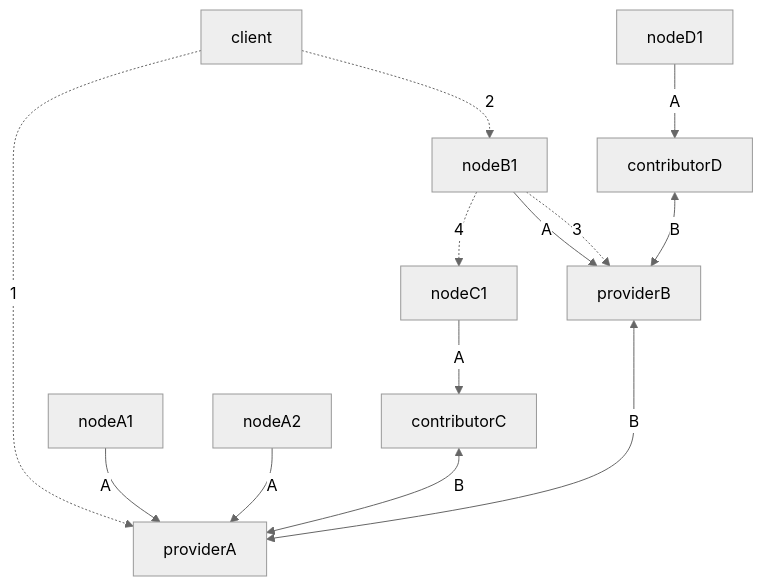
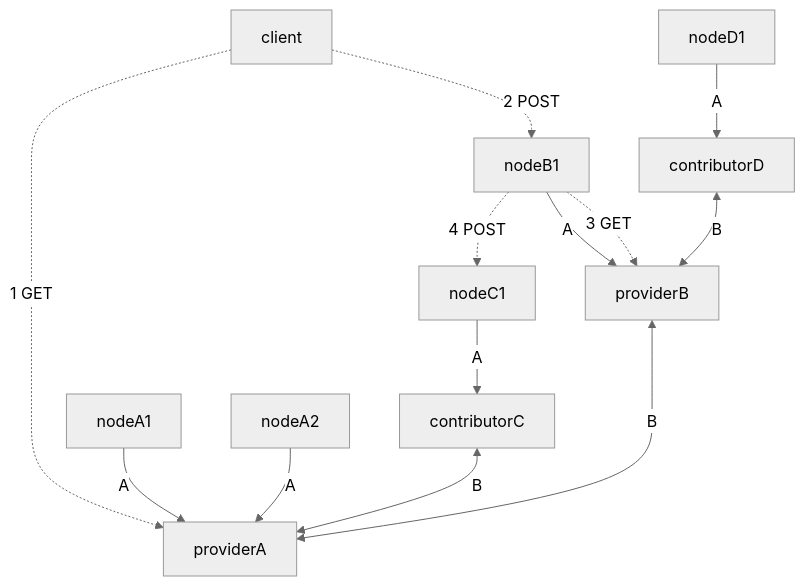
Before and after one commit to jarekjaryszew/kodo-about: the second of 2 diagrams in KeyComponents.md, drawn with Mermaid (neutral theme). The commit also changed other lines of this file, not shown here.

Commit message:
improve: more explicit in diagrams

````diff
--- a/KeyComponents.md
+++ b/KeyComponents.md
@@ -45,19 +45,19 @@
 ```mermaid
     flowchart
 
-    client .->|1| providerA
+    client .->|1 GET| providerA
     nodeA1 -->|A| providerA
     nodeA2 -->|A| providerA
 
     contributorC <-->|B| providerA
     nodeC1 -->|A| contributorC
 
     providerB <-->|B| providerA
     nodeB1 -->|A| providerB
-    nodeB1 .->|3| providerB
+    nodeB1 .->|3 GET| providerB
     contributorD <-->|B| providerB
     nodeD1 -->|A| contributorD
 
-    client .->|2| nodeB1
-    nodeB1 .->|4| nodeC1
+    client .->|2 POST| nodeB1
+    nodeB1 .->|4 POST| nodeC1
 ```
````
